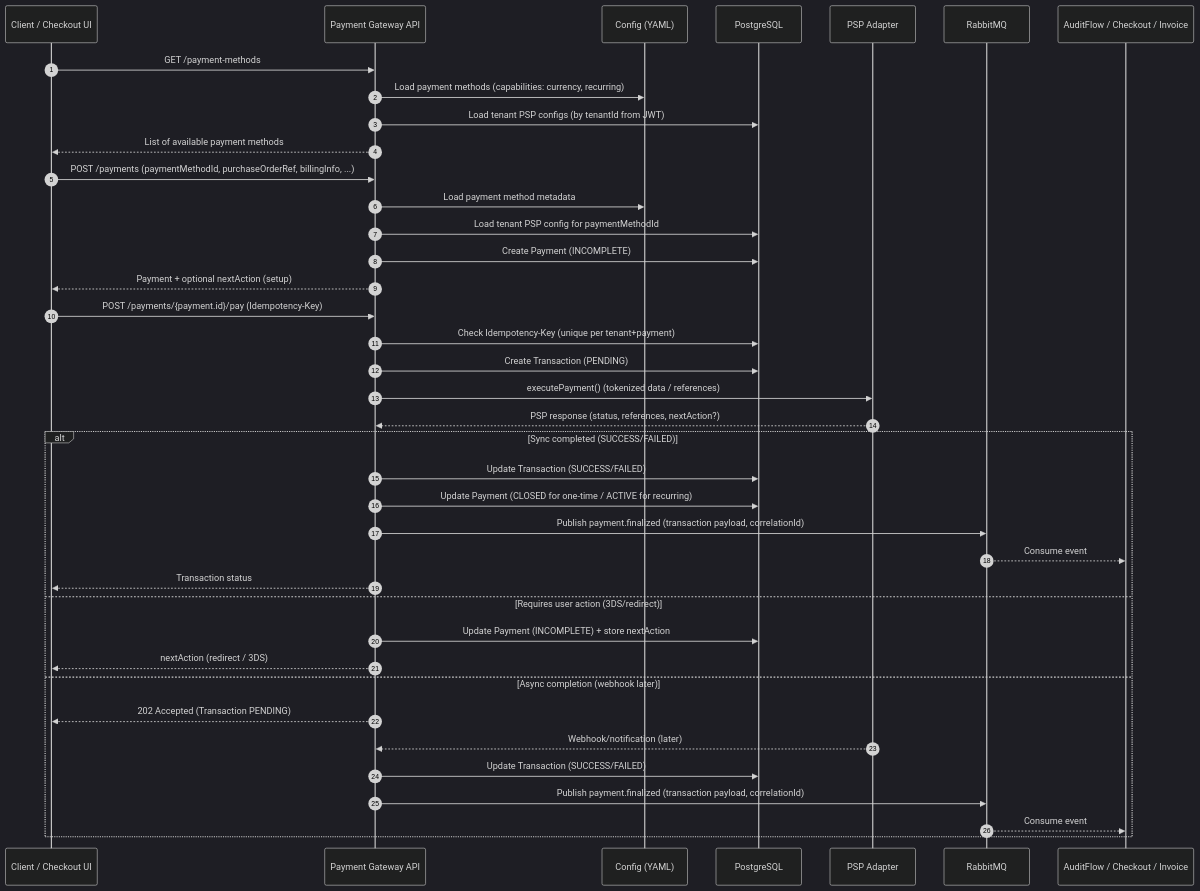
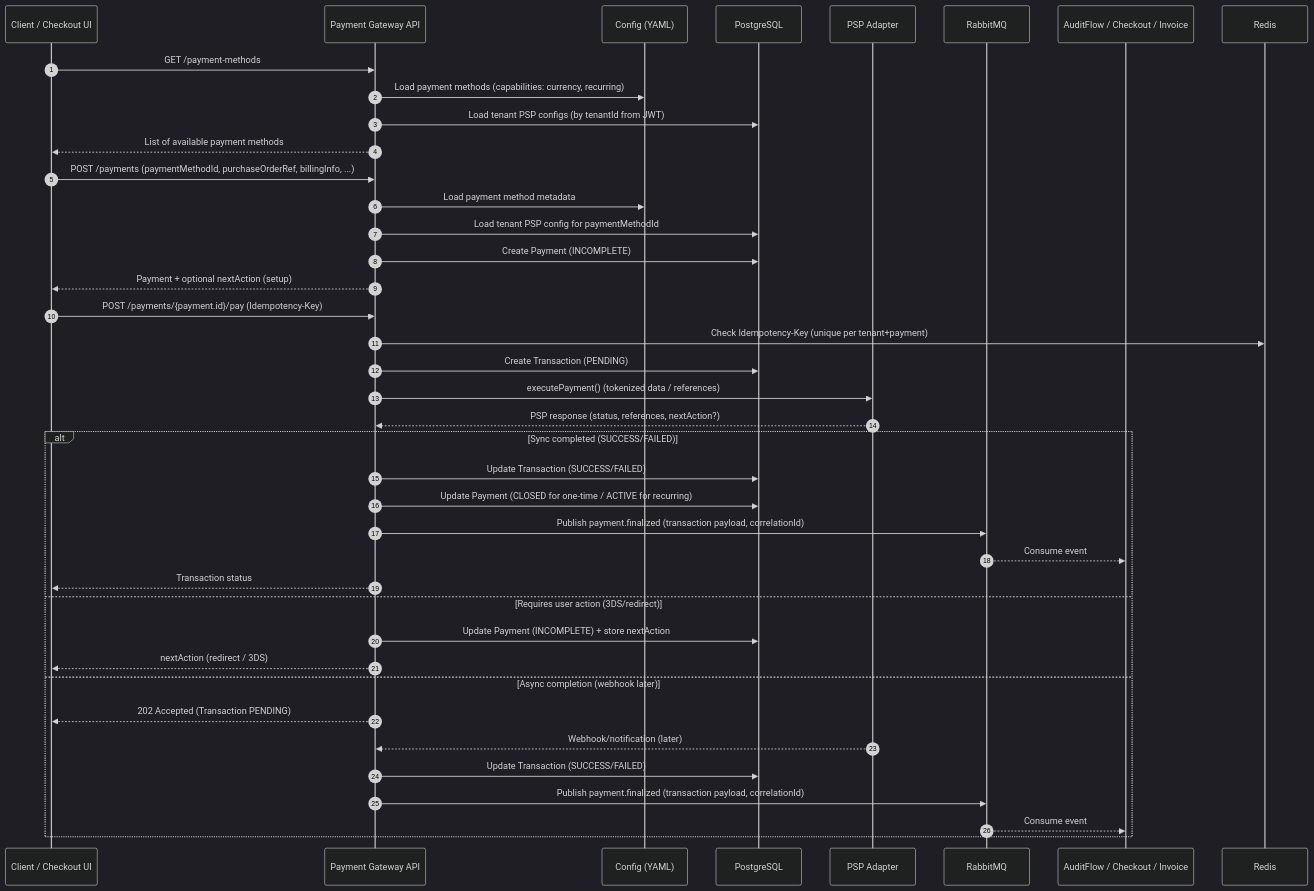
Before and after one commit to Labs64/labs64.io-docs: the diagram in payment-gateway/readme.md, drawn with Mermaid (dark theme). The commit also changed 1 other file, not shown here.

Commit message:
Fix mermaid diagrams

````diff
--- a/payment-gateway/readme.md
+++ b/payment-gateway/readme.md
@@ -254,46 +254,46 @@
 ```mermaid
 sequenceDiagram
   autonumber
 
   participant Client as Client / Checkout UI
   participant API as Payment Gateway API
   participant CFG as Config (YAML)
   participant DB as PostgreSQL
   participant PSP as PSP Adapter
   participant MQ as RabbitMQ
   participant Subscriber as AuditFlow / Checkout / Invoice
 
   Client->>API: GET /payment-methods
   API->>CFG: Load payment methods (capabilities: currency, recurring)
   API->>DB: Load tenant PSP configs (by tenantId from JWT)
   API-->>Client: List of available payment methods
 
   Client->>API: POST /payments (paymentMethodId, purchaseOrderRef, billingInfo, ...)
   API->>CFG: Load payment method metadata
   API->>DB: Load tenant PSP config for paymentMethodId
   API->>DB: Create Payment (INCOMPLETE)
   API-->>Client: Payment + optional nextAction (setup)
 
   Client->>API: POST /payments/{payment.id}/pay (Idempotency-Key)
-  API->>DB: Check Idempotency-Key (unique per tenant+payment)
+  API->>Redis: Check Idempotency-Key (unique per tenant+payment)
   API->>DB: Create Transaction (PENDING)
   API->>PSP: executePayment() (tokenized data / references)
   PSP-->>API: PSP response (status, references, nextAction?)
 
   alt Sync completed (SUCCESS/FAILED)
     API->>DB: Update Transaction (SUCCESS/FAILED)
     API->>DB: Update Payment (CLOSED for one-time / ACTIVE for recurring)
     API->>MQ: Publish payment.finalized (transaction payload, correlationId)
     MQ-->>Subscriber: Consume event
     API-->>Client: Transaction status
   else Requires user action (3DS/redirect)
     API->>DB: Update Payment (INCOMPLETE) + store nextAction
     API-->>Client: nextAction (redirect / 3DS)
   else Async completion (webhook later)
     API-->>Client: 202 Accepted (Transaction PENDING)
     PSP-->>API: Webhook/notification (later)
     API->>DB: Update Transaction (SUCCESS/FAILED)
     API->>MQ: Publish payment.finalized (transaction payload, correlationId)
     MQ-->>Subscriber: Consume event
   end
 ```
````
